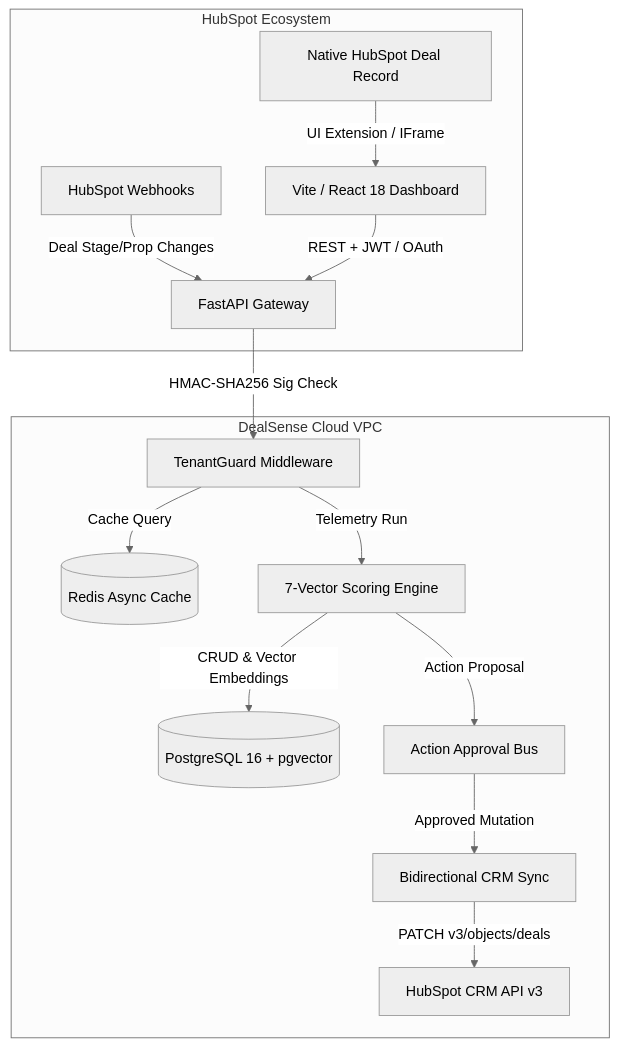
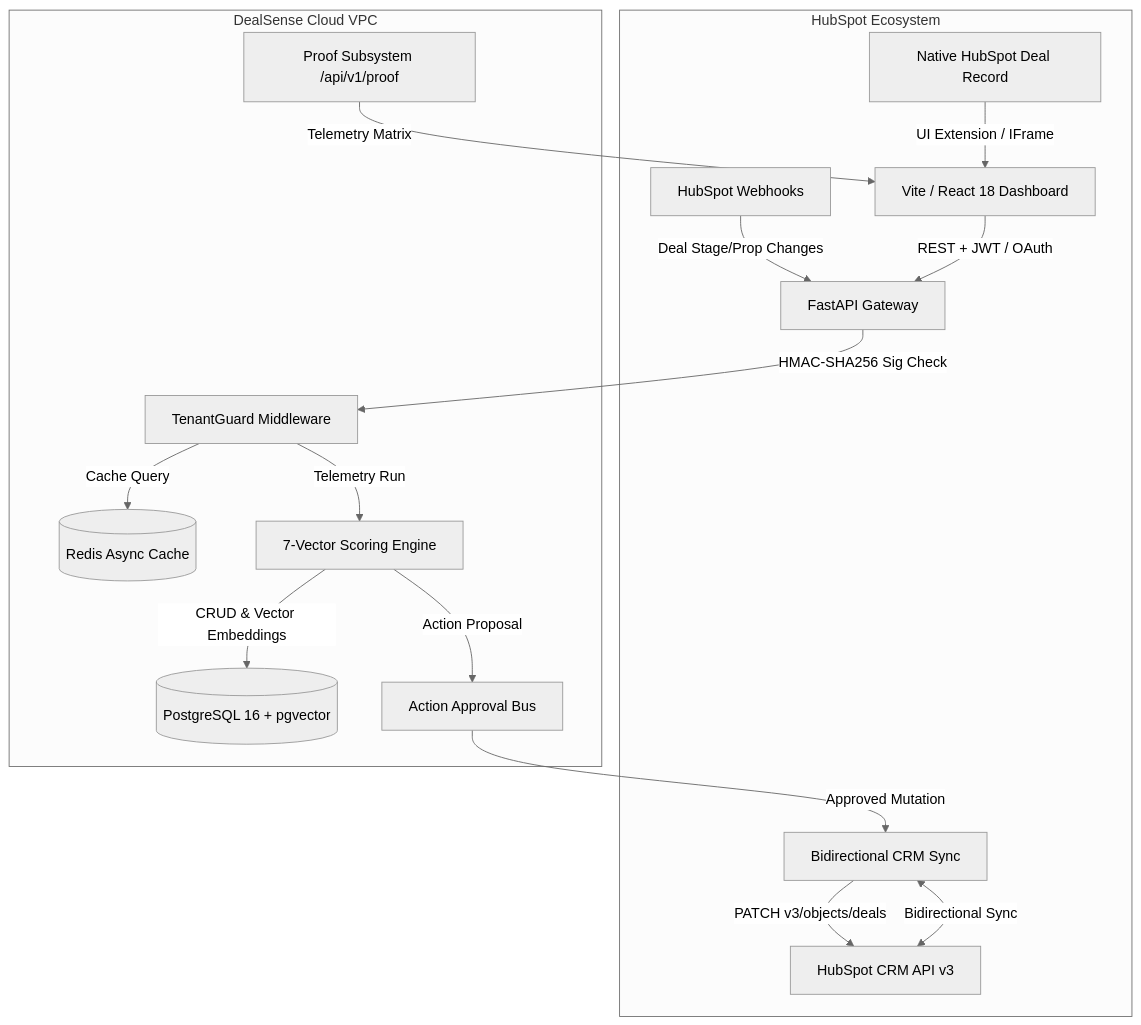
The diagram in README.md (peashdasrudra/DealSense), drawn with Mermaid (neutral theme) before and after one commit. The commit also changed other lines of this file and 6 other files, not shown here.

Commit message:
docs: update technical architecture case study, README, and deployment guides with live proof system and real-time CRM sync

````diff
--- a/README.md
+++ b/README.md
@@ -99,20 +141,23 @@
 ```mermaid
 graph TD
     subgraph HubSpot Ecosystem
         CRM[Native HubSpot Deal Record] -->|UI Extension / IFrame| Web[Vite / React 18 Dashboard]
         WH[HubSpot Webhooks] -->|Deal Stage/Prop Changes| API[FastAPI Gateway]
+        HubAPI[HubSpot CRM API v3] <-->|Bidirectional Sync| Sync[Bidirectional CRM Sync]
     end
 
     subgraph DealSense Cloud VPC
         Web -->|REST + JWT / OAuth| API
         API -->|HMAC-SHA256 Sig Check| Auth[TenantGuard Middleware]
         Auth -->|Cache Query| Redis[(Redis Async Cache)]
         Auth -->|Telemetry Run| Engine[7-Vector Scoring Engine]
         
         Engine -->|CRUD & Vector Embeddings| DB[(PostgreSQL 16 + pgvector)]
         Engine -->|Action Proposal| Queue[Action Approval Bus]
         
-        Queue -->|Approved Mutation| Sync[Bidirectional CRM Sync]
-        Sync -->|PATCH v3/objects/deals| HubSpotAPI[HubSpot CRM API v3]
+        Queue -->|Approved Mutation| Sync
+        Sync -->|PATCH v3/objects/deals| HubAPI
+        
+        Proof[Proof Subsystem /api/v1/proof] -->|Telemetry Matrix| Web
     end
 ```
````
